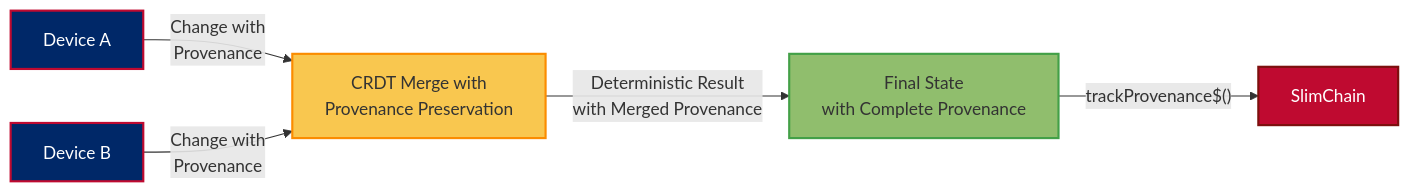
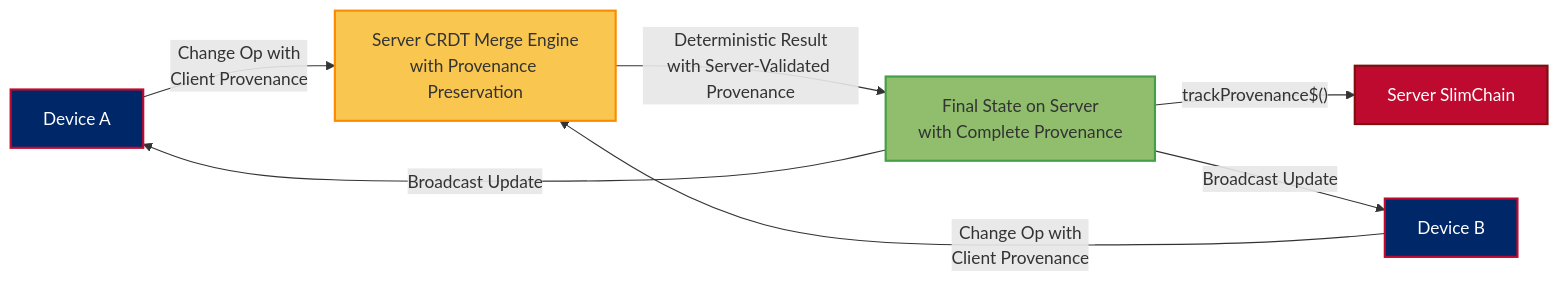
Before and after one commit to JeffreySanford/forge-board: the sixth of 7 diagrams in forgeboard-frontend/src/assets/documentation/CODING-STANDARDS.md, drawn with Mermaid. The commit also changed other lines of this file and 53 other files, not shown here.

````diff
--- a/forgeboard-frontend/src/assets/documentation/CODING-STANDARDS.md
+++ b/forgeboard-frontend/src/assets/documentation/CODING-STANDARDS.md
@@ -153,12 +153,14 @@
 ```mermaid
 flowchart LR
-  DeviceA[Device A]:::device -->|"Change with\nProvenance"| Merge[CRDT Merge with\nProvenance Preservation]:::merge
-  DeviceB[Device B]:::device -->|"Change with\nProvenance"| Merge
-  Merge -->|"Deterministic Result\nwith Merged Provenance"| FinalState[Final State\nwith Complete Provenance]:::state
-  FinalState -->|"trackProvenance$()"| Chain[SlimChain]:::chain
+  DeviceA[Device A]:::device -->|"Change Op with\nClient Provenance"| ServerMerge[Server CRDT Merge Engine\nwith Provenance Preservation]:::merge
+  DeviceB[Device B]:::device -->|"Change Op with\nClient Provenance"| ServerMerge
+  ServerMerge -->|"Deterministic Result\nwith Server-Validated Provenance"| ServerFinalState[Final State on Server\nwith Complete Provenance]:::state
+  ServerFinalState -->|"trackProvenance$()"| ServerChain[Server SlimChain]:::chain
+  ServerFinalState -->|"Broadcast Update"| DeviceA
+  ServerFinalState -->|"Broadcast Update"| DeviceB
   
   classDef device fill:#002868,stroke:#BF0A30,stroke-width:2px,color:#FFFFFF;
   classDef merge fill:#F9C74F,stroke:#FB8C00,stroke-width:2px;
   classDef state fill:#90BE6D,stroke:#43A047,stroke-width:2px;
   classDef chain fill:#BF0A30,stroke:#7D100E,stroke-width:2px,color:#FFFFFF;
 ```
````
